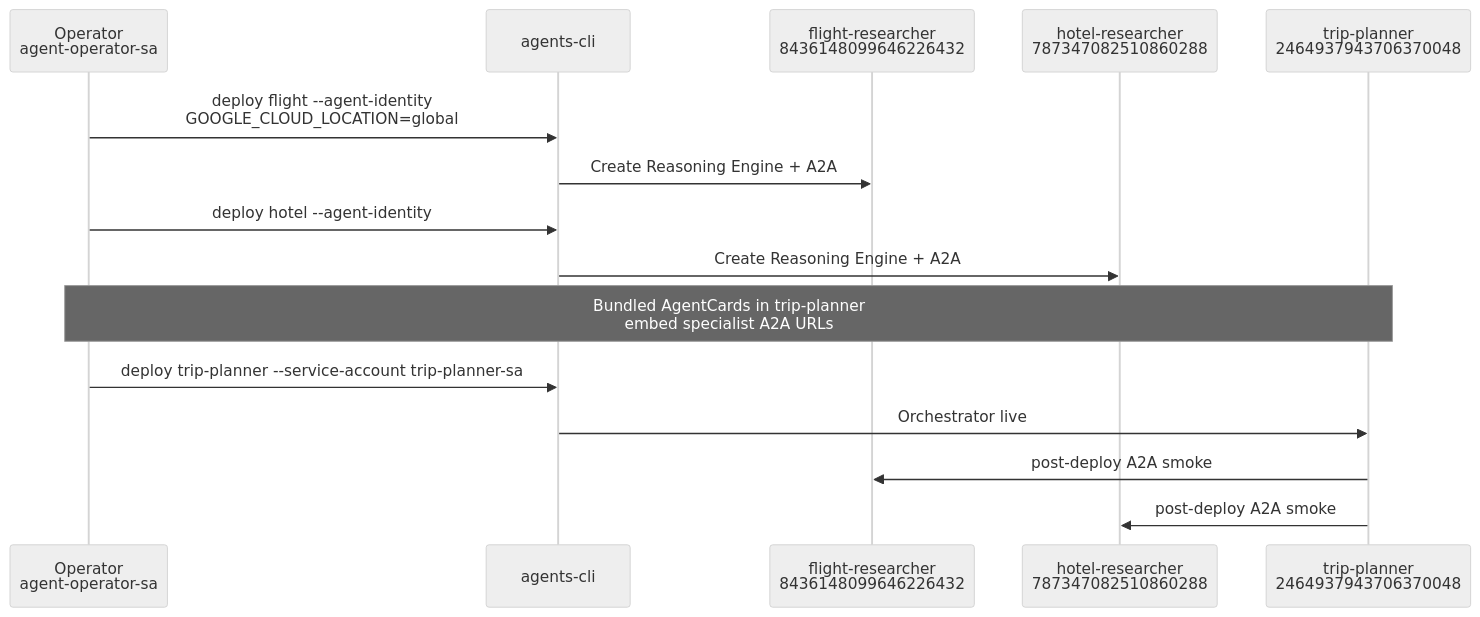
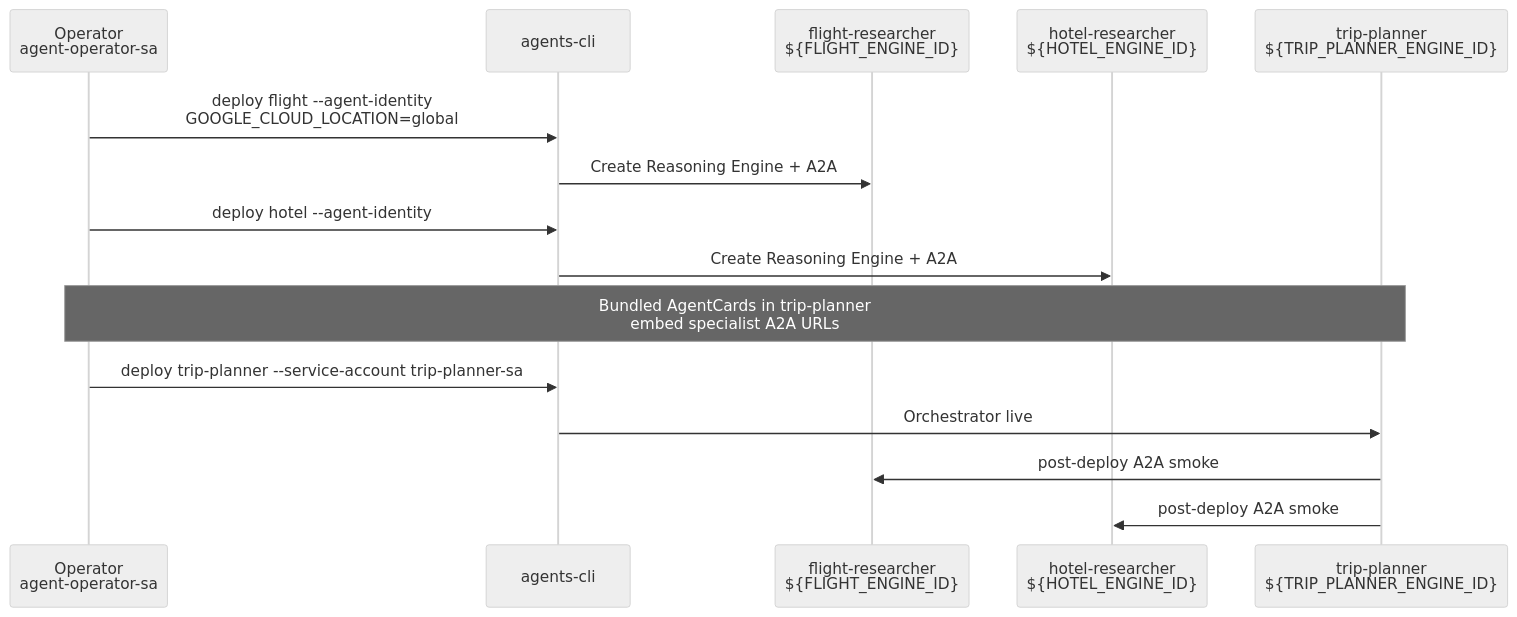
One commit to yu-iskw/agent-cli-demo changed the seventh of 7 diagrams in docs/guides/02-iam-deploy.md. Above: the diagram before and after it, drawn with Mermaid (neutral theme). The commit also changed other lines of this file and 43 other files, not shown here.

````diff
--- a/docs/guides/02-iam-deploy.md
+++ b/docs/guides/02-iam-deploy.md
@@ -296,18 +296,18 @@
 ```mermaid
 sequenceDiagram
   participant Op as Operator<br/>agent-operator-sa
   participant CLI as agents-cli
-  participant FR as flight-researcher<br/>8436148099646226432
-  participant HR as hotel-researcher<br/>787347082510860288
-  participant TP as trip-planner<br/>2464937943706370048
+  participant FR as flight-researcher<br/>${FLIGHT_ENGINE_ID}
+  participant HR as hotel-researcher<br/>${HOTEL_ENGINE_ID}
+  participant TP as trip-planner<br/>${TRIP_PLANNER_ENGINE_ID}
 
   Op->>CLI: deploy flight --agent-identity<br/>GOOGLE_CLOUD_LOCATION=global
   CLI->>FR: Create Reasoning Engine + A2A
   Op->>CLI: deploy hotel --agent-identity
   CLI->>HR: Create Reasoning Engine + A2A
   Note over Op,TP: Bundled AgentCards in trip-planner<br/>embed specialist A2A URLs
   Op->>CLI: deploy trip-planner --service-account trip-planner-sa
   CLI->>TP: Orchestrator live
   TP->>FR: post-deploy A2A smoke
   TP->>HR: post-deploy A2A smoke
 ```
````
